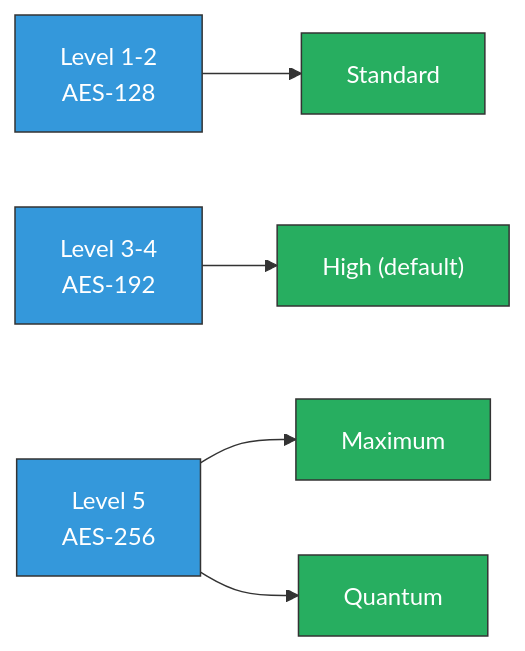
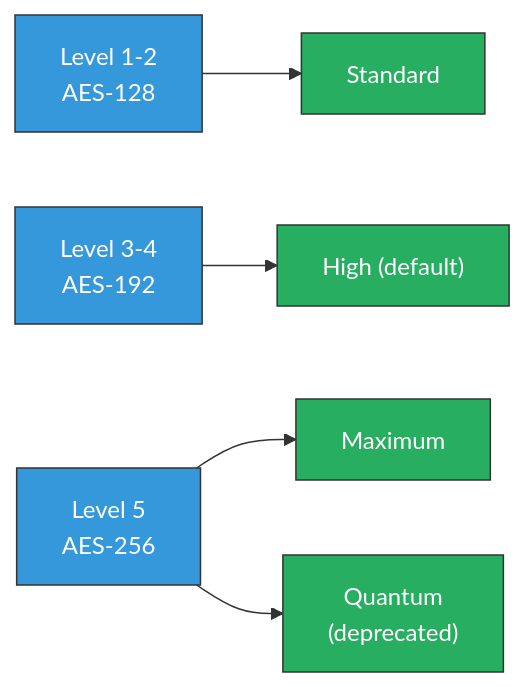
Before and after one commit to LatticeArc/latticearc: the third of 3 diagrams in docs/NIST_COMPLIANCE.md, drawn with Mermaid. The commit also changed other lines of this file and 73 other files, not shown here.

````diff
--- a/docs/NIST_COMPLIANCE.md
+++ b/docs/NIST_COMPLIANCE.md
@@ -266,12 +266,12 @@
 ```mermaid
 flowchart LR
     L1["Level 1-2\nAES-128"] --> STD[Standard]
     L3["Level 3-4\nAES-192"] --> HIGH["High (default)"]
     L5["Level 5\nAES-256"] --> MAX[Maximum]
-    L5 --> QTM[Quantum]
+    L5 --> QTM["Quantum\n(deprecated)"]
 
     classDef nist fill:#3498db,stroke:#333,color:#fff
     classDef arc fill:#27ae60,stroke:#333,color:#fff
     class L1,L3,L5 nist
     class STD,HIGH,MAX,QTM arc
 ```
````
